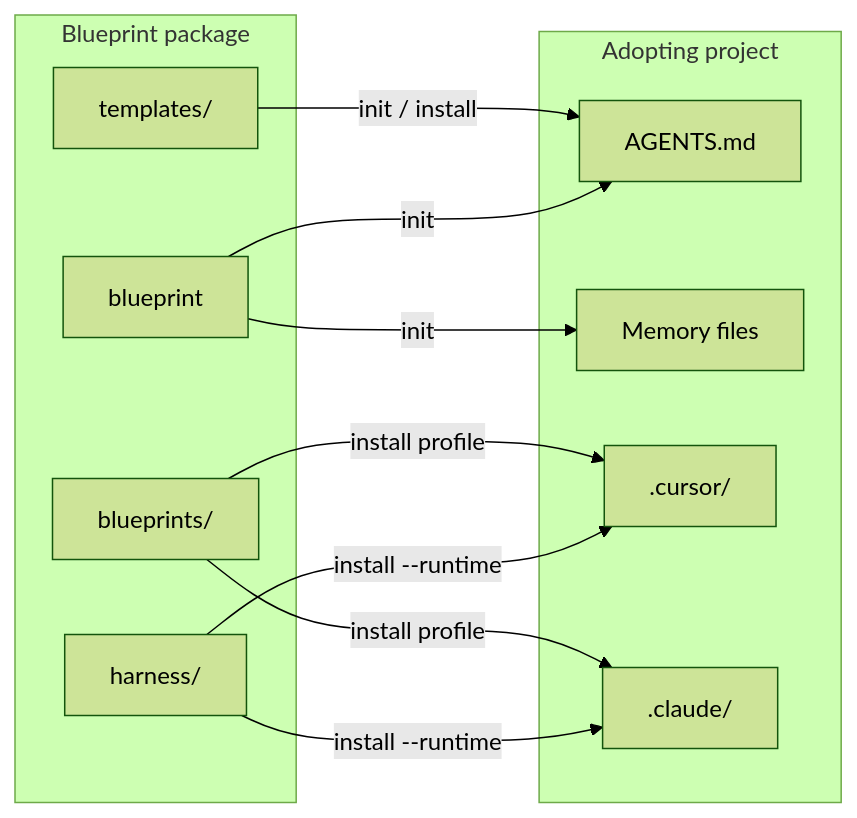
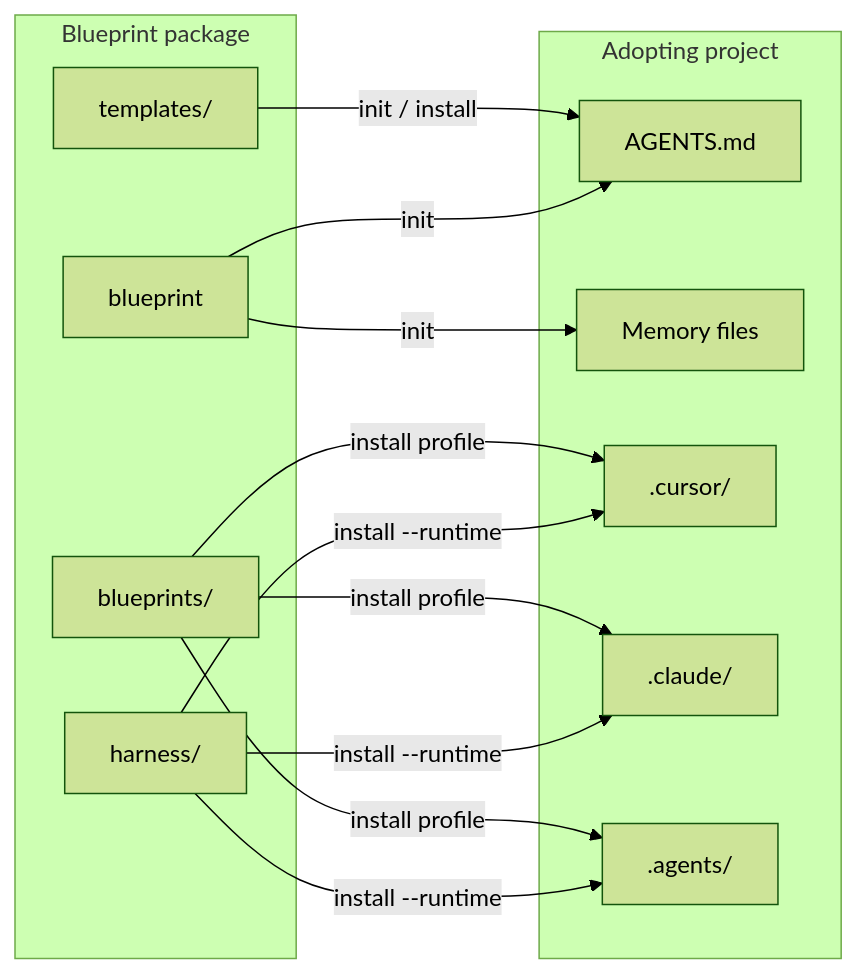
The first of 2 diagrams in docs/architecture.md (Supparerk23/agent-harness-blueprint), drawn with Mermaid (forest theme) before and after one commit. The commit also changed other lines of this file and 32 other files, not shown here.

````diff
--- a/docs/architecture.md
+++ b/docs/architecture.md
@@ -7,24 +7,27 @@
 ```mermaid
 flowchart LR
   subgraph package [Blueprint package]
     harness[harness/]
     templates[templates/]
     blueprints[blueprints/]
     cli[blueprint]
   end
 
   subgraph consumer [Adopting project]
     agents[AGENTS.md]
     memory[Memory files]
     cursor[".cursor/"]
     claude[".claude/"]
+    agentsRt[".agents/"]
   end
 
   cli -->|"init"| agents
   cli -->|"init"| memory
   harness -->|"install --runtime"| cursor
   harness -->|"install --runtime"| claude
+  harness -->|"install --runtime"| agentsRt
   templates -->|"init / install"| agents
   blueprints -->|"install profile"| cursor
   blueprints -->|"install profile"| claude
+  blueprints -->|"install profile"| agentsRt
 ```
````
